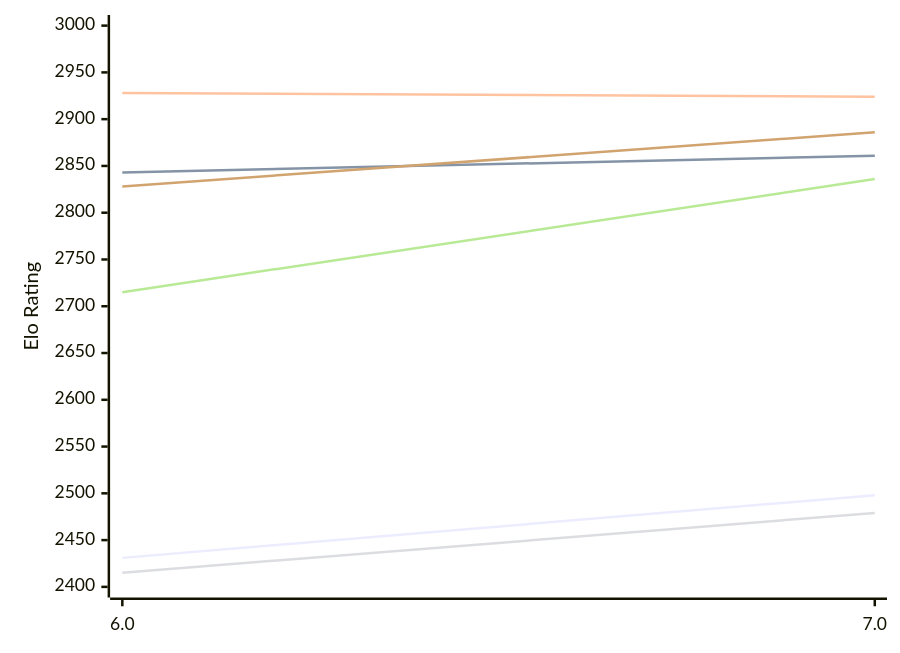
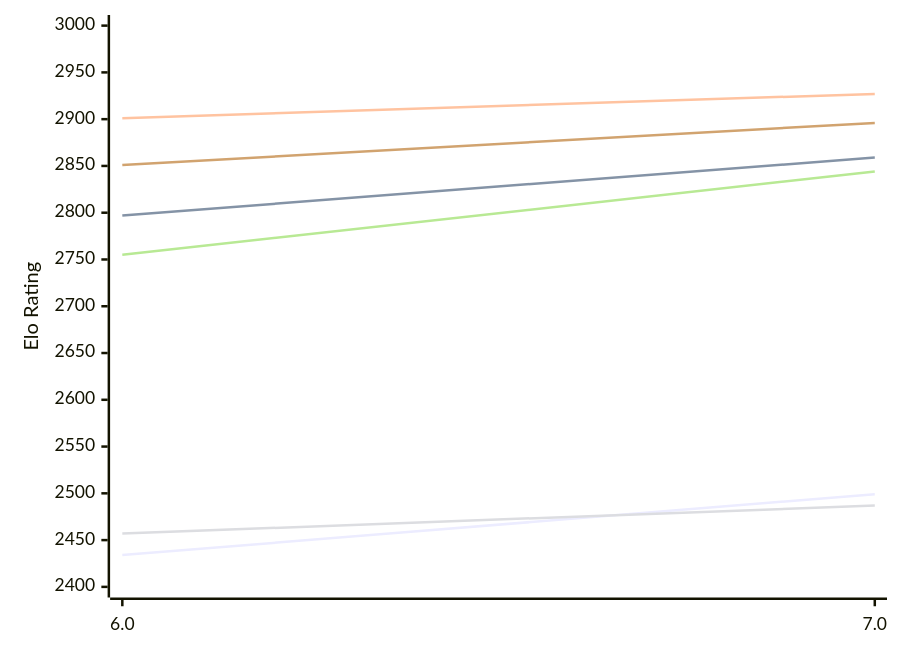
Before and after one commit to computer-chess-index/cci: the first of 2 diagrams in engines/tomitankChess.md, drawn with Mermaid. The commit also changed other lines of this file, not shown here.

Commit message:
Update CCI Ratings (ELO VLTC) - 2026-11-25

````diff
--- a/engines/tomitankChess.md
+++ b/engines/tomitankChess.md
@@ -51,12 +51,12 @@
 ```mermaid
 %%{init: {"theme":"base","themeVariables":{"seriesColors:['#a3a3a3','#222221','#faa371']}}}%%
 xychart-beta
   x-axis ["6.0", "7.0"]
   y-axis "Elo Rating" 2400 --> 3000
-  line "E1: STC (8.0+0.08s)" [2431, 2498]
-  line "E1: LTC (60.0+0.60s)" [2843, 2861]
-  line "E1: VLTC (2m24s+1.12s)" [2928, 2924]
-  line "P1: STC (8.0+0.08s)" [2415, 2479]
-  line "P1: LTC (60.0+0.60s)" [2715, 2836]
-  line "P1: VLTC (2m24s+1.12s)" [2828, 2886]
+  line "E1: STC (8.0+0.08s)" [2434, 2499]
+  line "E1: LTC (60.0+0.60s)" [2797, 2859]
+  line "E1: VLTC (2m24s+1.12s)" [2901, 2927]
+  line "P1: STC (8.0+0.08s)" [2457, 2487]
+  line "P1: LTC (60.0+0.60s)" [2755, 2844]
+  line "P1: VLTC (2m24s+1.12s)" [2851, 2896]
 ```
````
